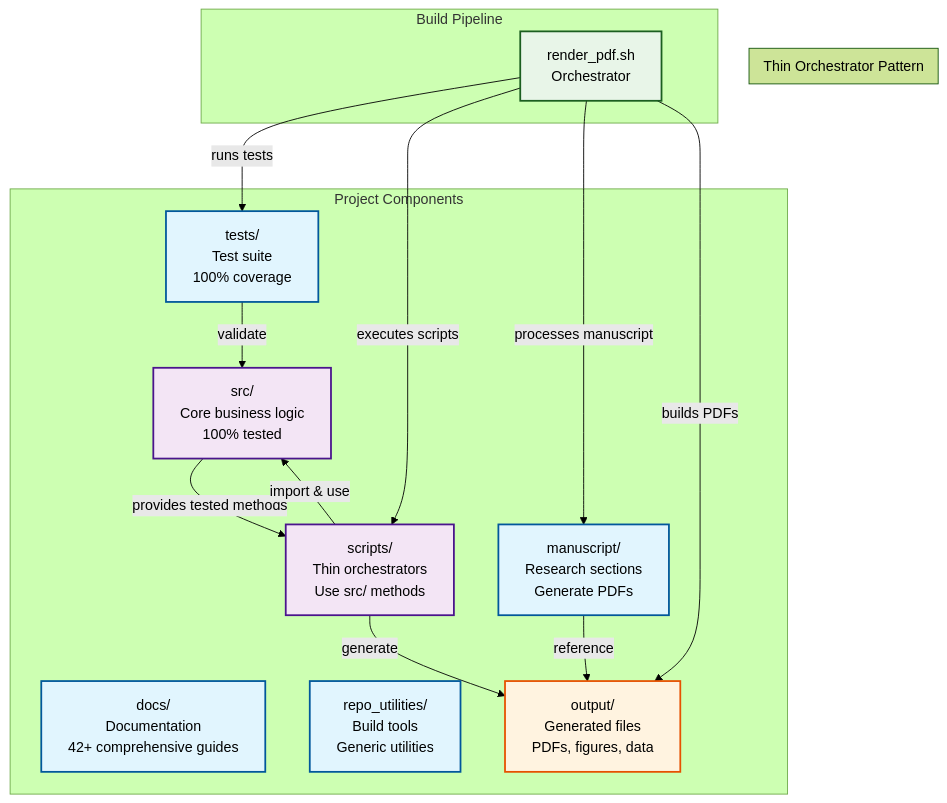
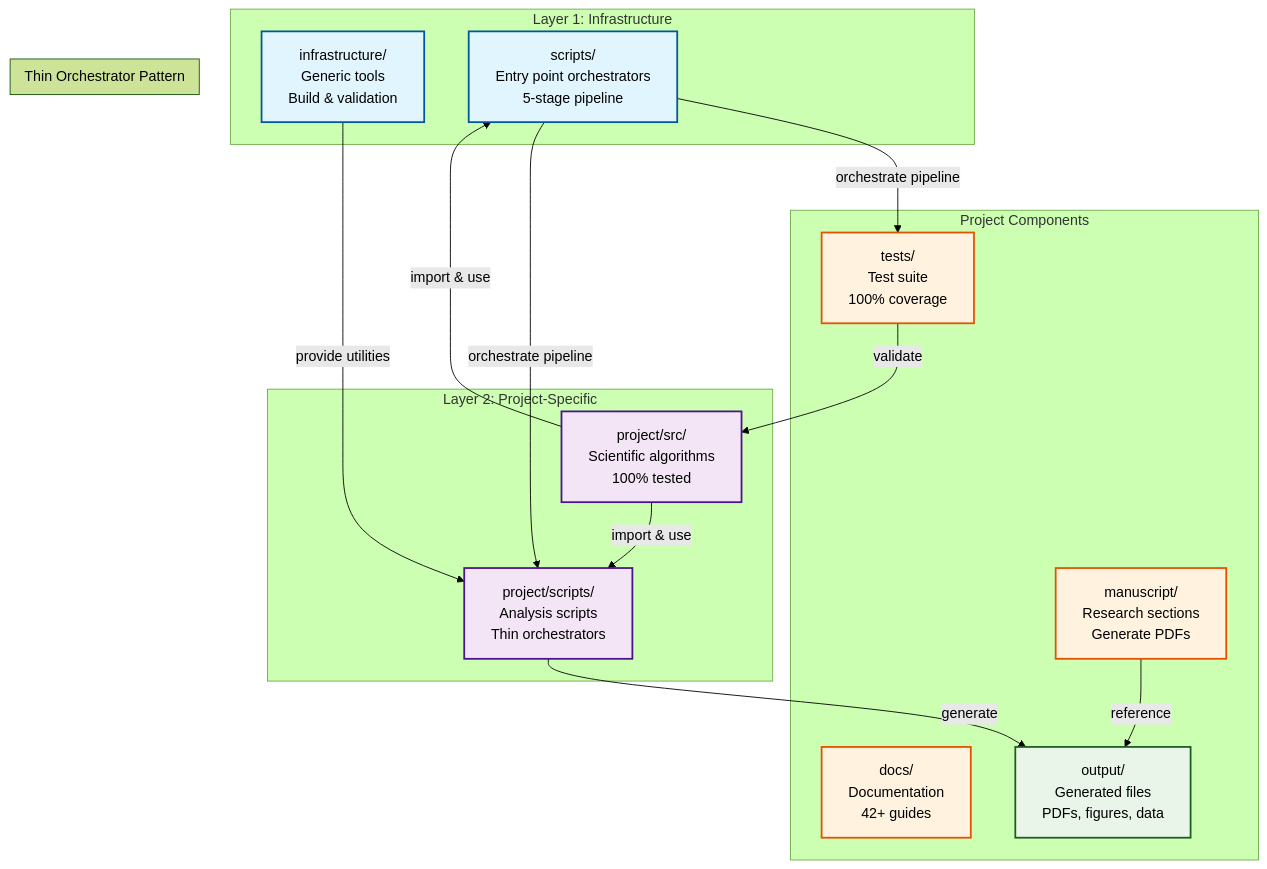
The fourth of 6 diagrams in README.md (docxology/template), drawn with Mermaid (forest theme) before and after one commit. The commit also changed other lines of this file and 236 other files, not shown here.

````diff
--- a/README.md
+++ b/README.md
@@ -305,38 +302,40 @@
 ```mermaid
 graph TB
+    subgraph "Layer 1: Infrastructure"
+        INFRA[infrastructure/<br/>Generic tools<br/>Build & validation]
+        INFRA_SCRIPTS[scripts/<br/>Entry point orchestrators<br/>5-stage pipeline]
+    end
+    
+    subgraph "Layer 2: Project-Specific"
+        SRC[project/src/<br/>Scientific algorithms<br/>100% tested]
+        SCRIPTS[project/scripts/<br/>Analysis scripts<br/>Thin orchestrators]
+    end
+    
     subgraph "Project Components"
-        SRC[src/<br/>Core business logic<br/>100% tested]
         TESTS[tests/<br/>Test suite<br/>100% coverage]
-        SCRIPTS[scripts/<br/>Thin orchestrators<br/>Use src/ methods]
-        DOCS[docs/<br/>Documentation<br/>42+ comprehensive guides]
+        DOCS[docs/<br/>Documentation<br/>42+ guides]
         MANUSCRIPT[manuscript/<br/>Research sections<br/>Generate PDFs]
-        REPO_UTILS[repo_utilities/<br/>Build tools<br/>Generic utilities]
         OUTPUT[output/<br/>Generated files<br/>PDFs, figures, data]
     end
     
     subgraph "Thin Orchestrator Pattern"
-        SRC -->|"provides tested methods"| SCRIPTS
-        SCRIPTS -->|"import & use"| SRC
+        SRC -->|"import & use"| SCRIPTS
+        SRC -->|"import & use"| INFRA_SCRIPTS
+        INFRA -->|"provide utilities"| SCRIPTS
         SCRIPTS -->|"generate"| OUTPUT
+        INFRA_SCRIPTS -->|"orchestrate pipeline"| TESTS
+        INFRA_SCRIPTS -->|"orchestrate pipeline"| SCRIPTS
         MANUSCRIPT -->|"reference"| OUTPUT
         TESTS -->|"validate"| SRC
     end
     
-    subgraph "Build Pipeline"
-        RENDER[render_pdf.sh<br/>Orchestrator]
-        RENDER -->|"runs tests"| TESTS
-        RENDER -->|"executes scripts"| SCRIPTS
-        RENDER -->|"processes manuscript"| MANUSCRIPT
-        RENDER -->|"builds PDFs"| OUTPUT
-    end
+    classDef layer1 fill:#e1f5fe,stroke:#01579b,stroke-width:2px
+    classDef layer2 fill:#f3e5f5,stroke:#4a148c,stroke-width:2px
+    classDef core fill:#fff3e0,stroke:#e65100,stroke-width:2px
+    classDef output fill:#e8f5e8,stroke:#1b5e20,stroke-width:2px
     
-    classDef core fill:#e1f5fe,stroke:#01579b,stroke-width:2px
-    classDef pattern fill:#f3e5f5,stroke:#4a148c,stroke-width:2px
-    classDef pipeline fill:#e8f5e8,stroke:#1b5e20,stroke-width:2px
-    classDef output fill:#fff3e0,stroke:#e65100,stroke-width:2px
-    
-    class SRC,TESTS,SCRIPTS,DOCS,MANUSCRIPT,REPO_UTILS core
-    class SRC,SCRIPTS pattern
-    class RENDER pipeline
+    class INFRA,INFRA_SCRIPTS layer1
+    class SRC,SCRIPTS layer2
+    class TESTS,DOCS,MANUSCRIPT core
     class OUTPUT output
 ```
````
